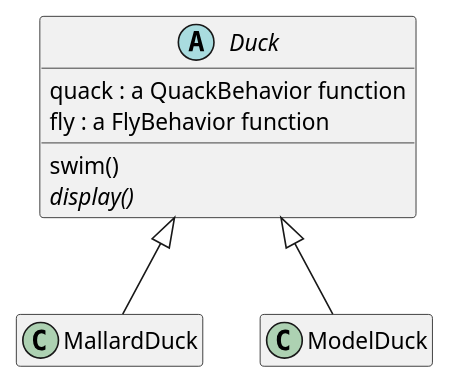
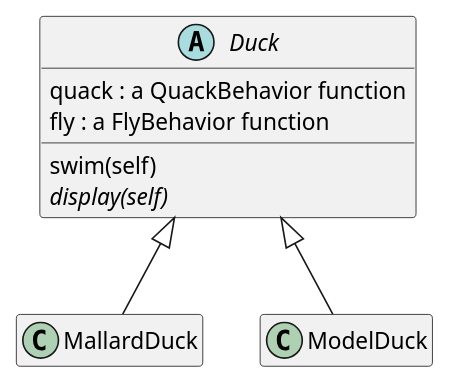
One commit to gama79530/DesignPattern changed the diagram in 01_StrategyPattern/StrategyPattern.puml. Above: the diagram before and after it, drawn with PlantUML.

Commit message:
update Strategy Pattern

```diff
--- a/01_StrategyPattern/StrategyPattern.puml
+++ b/01_StrategyPattern/StrategyPattern.puml
@@ -1,15 +1,15 @@
 @startuml
 
 hide empty members
 
 abstract class Duck{
     quack : a QuackBehavior function
     fly : a FlyBehavior function
-    swim()
-    {abstract} display()
+    swim(self)
+    {abstract} display(self)
 }
 
 Duck <|-- MallardDuck
 Duck <|-- ModelDuck
 
 @enduml
```
